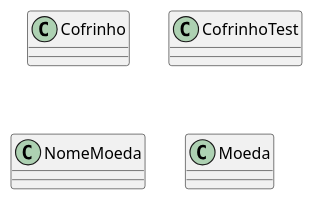
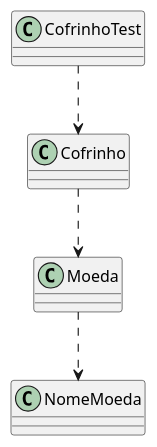
One commit to masmangan/verbose-pancake changed the diagram in day05/cofrinho.puml. Above: the diagram before and after it, drawn with PlantUML.

```diff
--- a/day05/cofrinho.puml
+++ b/day05/cofrinho.puml
@@ -1,6 +1,10 @@
 @startuml
 class Cofrinho
 class CofrinhoTest
 class NomeMoeda
 class Moeda
+
+Cofrinho ..> Moeda
+Moeda ..> NomeMoeda
+CofrinhoTest ..> Cofrinho
 @enduml
```
